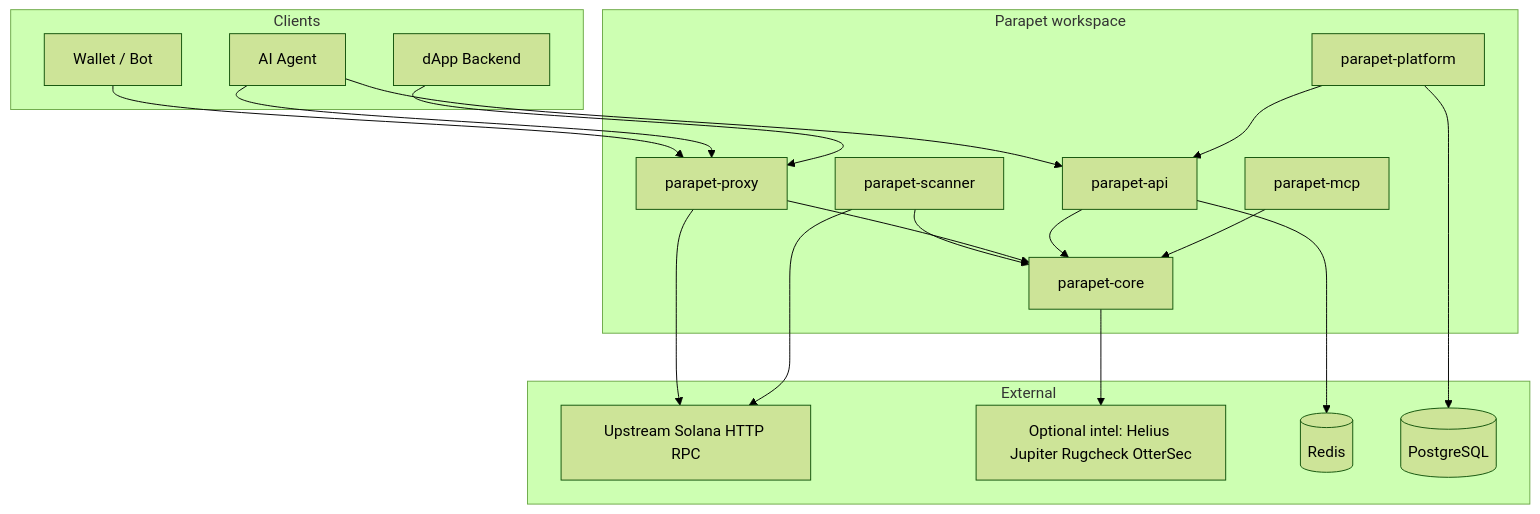
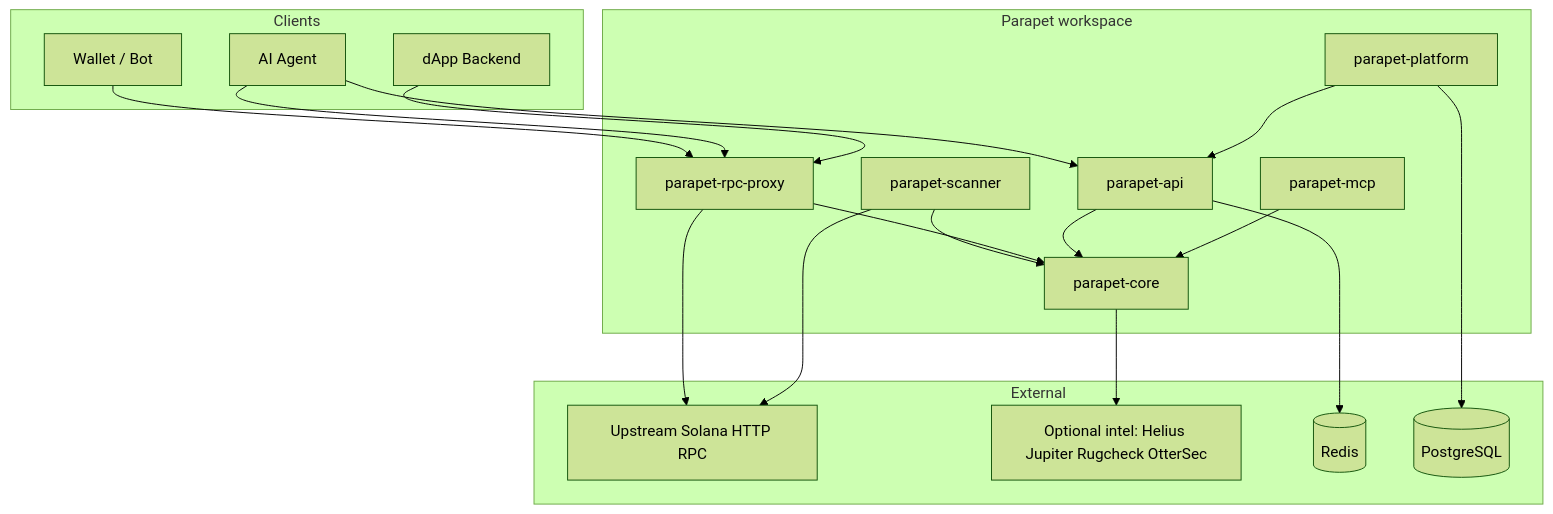
The first of 6 diagrams in docs/ARCHITECTURE.md (securecheckio/parapet), drawn with Mermaid (forest theme) before and after one commit. The commit also changed other lines of this file and 154 other files, not shown here.

First line of the commit message:
Rename parapet-proxy to parapet-rpc-proxy

````diff
--- a/docs/ARCHITECTURE.md
+++ b/docs/ARCHITECTURE.md
@@ -11,39 +11,39 @@
 ```mermaid
 flowchart TB
   subgraph clients [Clients]
     W[Wallet / Bot]
     A[AI Agent]
     D[dApp Backend]
   end
 
   subgraph parapet [Parapet workspace]
-    PXY[parapet-proxy]
+    PXY[parapet-rpc-proxy]
     CORE[parapet-core]
     SCAN[parapet-scanner]
     API[parapet-api]
     PLAT[parapet-platform]
     MCP[parapet-mcp]
   end
 
   subgraph external [External]
     RPC[Upstream Solana HTTP RPC]
     TPI[Optional intel: Helius Jupiter Rugcheck OtterSec]
     REDIS[(Redis)]
     PG[(PostgreSQL)]
   end
 
   W --> PXY
   A --> PXY
   A --> API
   D --> PXY
   SCAN --> CORE
   PXY --> CORE
   API --> CORE
   MCP --> CORE
   PLAT --> API
   PXY --> RPC
   SCAN --> RPC
   API --> REDIS
   PLAT --> PG
   CORE --> TPI
 ```
````
